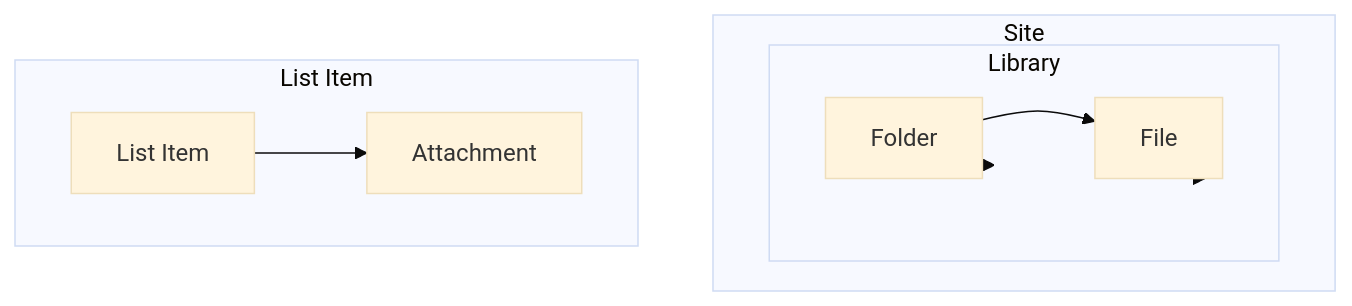
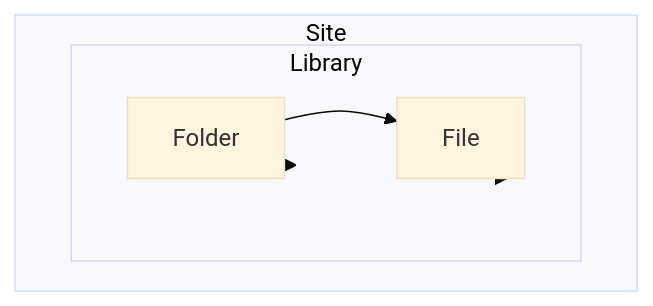
The diagram in examples/sharepoint/files/README.md (vgrem/office365-rest-python-client), drawn with Mermaid (base theme) before and after one commit. The commit also changed other lines of this file and 30 other files, not shown here.

````diff
--- a/examples/sharepoint/files/README.md
+++ b/examples/sharepoint/files/README.md
@@ -18,21 +10,15 @@
 ```mermaid
 graph TD
     subgraph Site
         Library["Document Library e.g. Shared Documents"]
     end
 
     subgraph Library
         Folder["Folder"]
         File["File"]
         Folder --> File
     end
 
-    subgraph "List Item"
-        Item["List Item"]
-        Attach["Attachment"]
-        Item --> Attach
-    end
-
     Library --> Folder
     Library --> File
 ```
````
